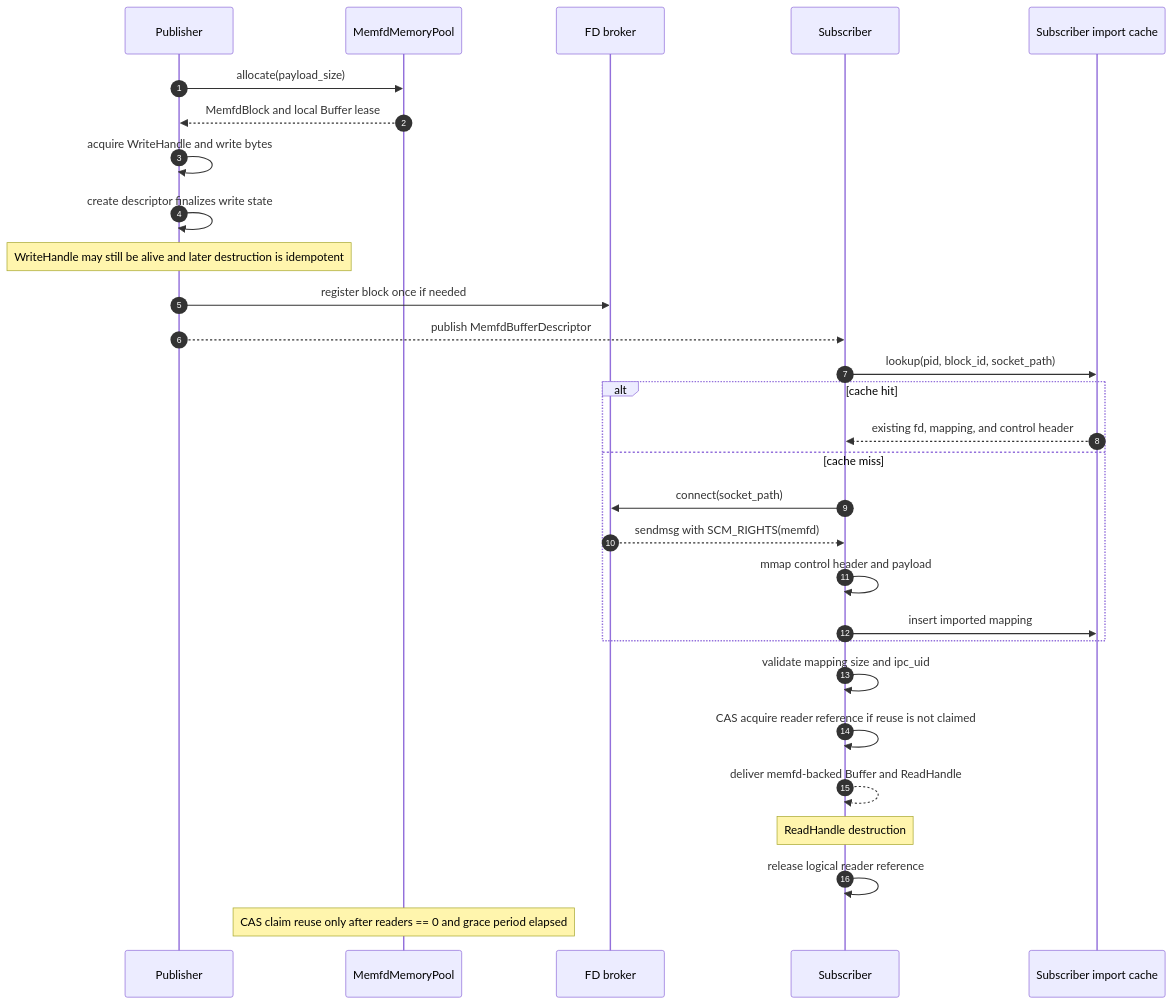
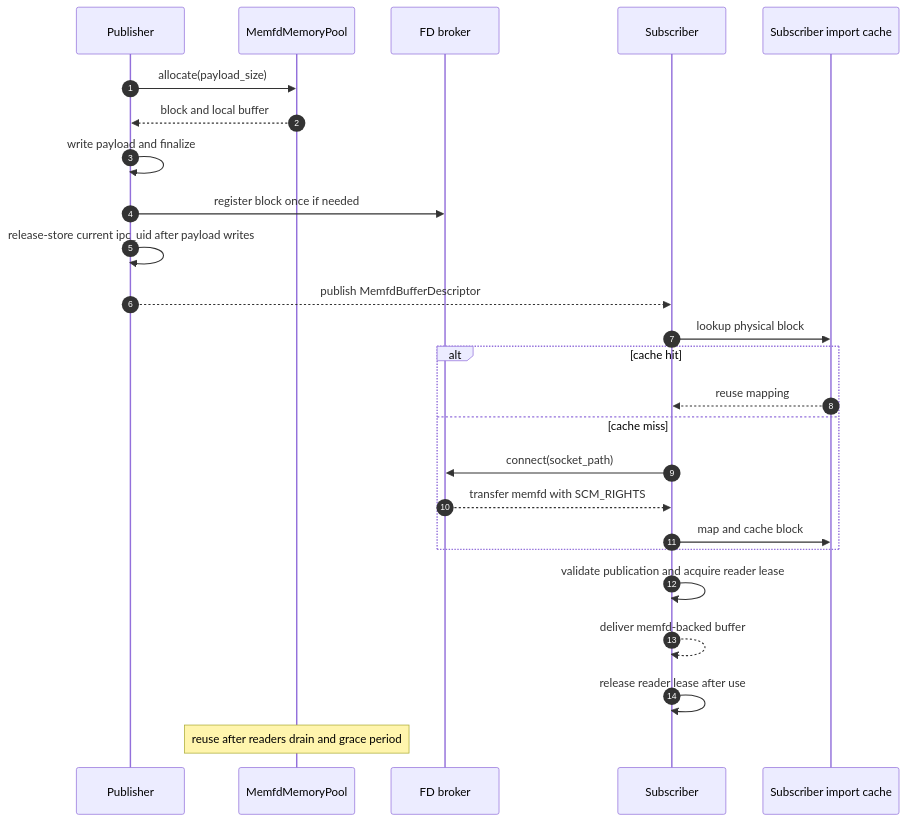
Before and after one commit to dskkato/memfd_buffer_backend: the second of 5 diagrams in docs/memfd_buffer_backend_design.md, drawn with Mermaid. The commit also changed other lines of this file and 2 other files, not shown here.

Commit message:
Update IPC UID handling in MemfdMemoryPool and related tests for consistency

````diff
--- a/docs/memfd_buffer_backend_design.md
+++ b/docs/memfd_buffer_backend_design.md
@@ -69,35 +69,30 @@
 ```mermaid
 sequenceDiagram
   autonumber
   participant Pub as Publisher
   participant Pool as MemfdMemoryPool
   participant Broker as FD broker
   participant Sub as Subscriber
   participant Cache as Subscriber import cache
 
   Pub->>Pool: allocate(payload_size)
-  Pool-->>Pub: MemfdBlock and local Buffer lease
-  Pub->>Pub: acquire WriteHandle and write bytes
-  Pub->>Pub: create descriptor finalizes write state
-  Note over Pub: WriteHandle may still be alive and later destruction is idempotent
+  Pool-->>Pub: block and local buffer
+  Pub->>Pub: write payload and finalize
   Pub->>Broker: register block once if needed
+  Pub->>Pub: release-store current ipc_uid after payload writes
   Pub-->>Sub: publish MemfdBufferDescriptor
 
-  Sub->>Cache: lookup(pid, block_id, socket_path)
+  Sub->>Cache: lookup physical block
   alt cache hit
-    Cache-->>Sub: existing fd, mapping, and control header
+    Cache-->>Sub: reuse mapping
   else cache miss
     Sub->>Broker: connect(socket_path)
-    Broker-->>Sub: sendmsg with SCM_RIGHTS(memfd)
-    Sub->>Sub: mmap control header and payload
-    Sub->>Cache: insert imported mapping
+    Broker-->>Sub: transfer memfd with SCM_RIGHTS
+    Sub->>Cache: map and cache block
   end
 
-  Sub->>Sub: validate mapping size and ipc_uid
-  Sub->>Sub: CAS acquire reader reference if reuse is not claimed
-  Sub-->>Sub: deliver memfd-backed Buffer and ReadHandle
-
-  Note over Sub: ReadHandle destruction
-  Sub->>Sub: release logical reader reference
-  Note over Pool: CAS claim reuse only after readers == 0 and grace period elapsed
+  Sub->>Sub: validate publication and acquire reader lease
+  Sub-->>Sub: deliver memfd-backed buffer
+  Sub->>Sub: release reader lease after use
+  Note over Pool: reuse after readers drain and grace period
 ```
````
